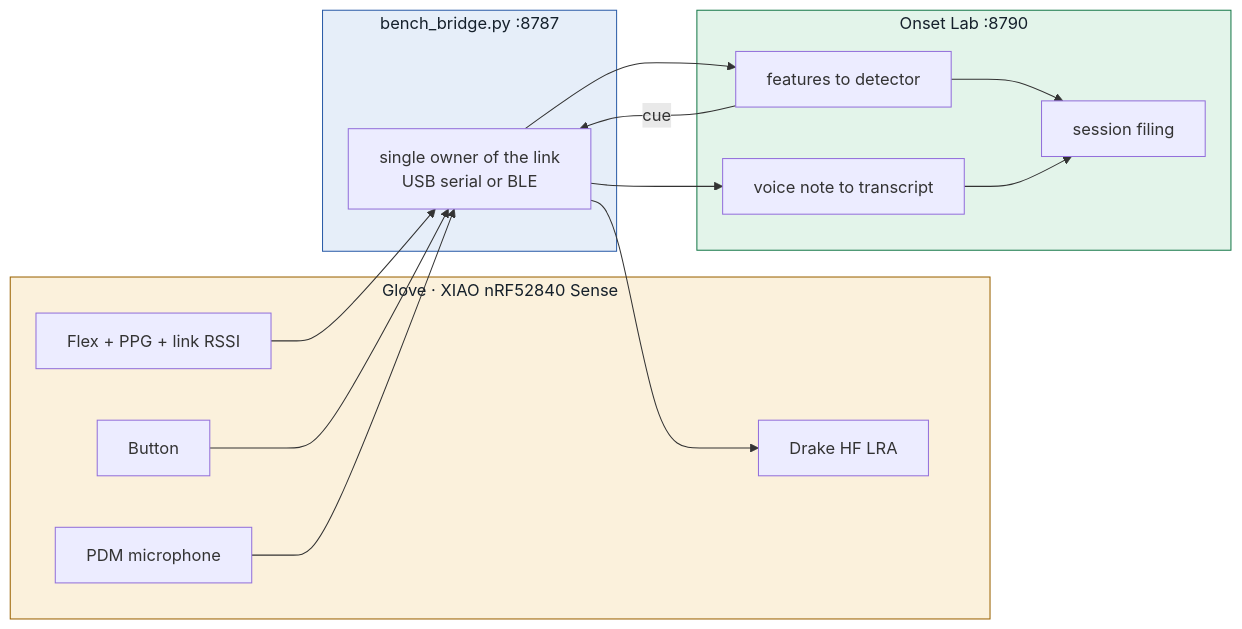
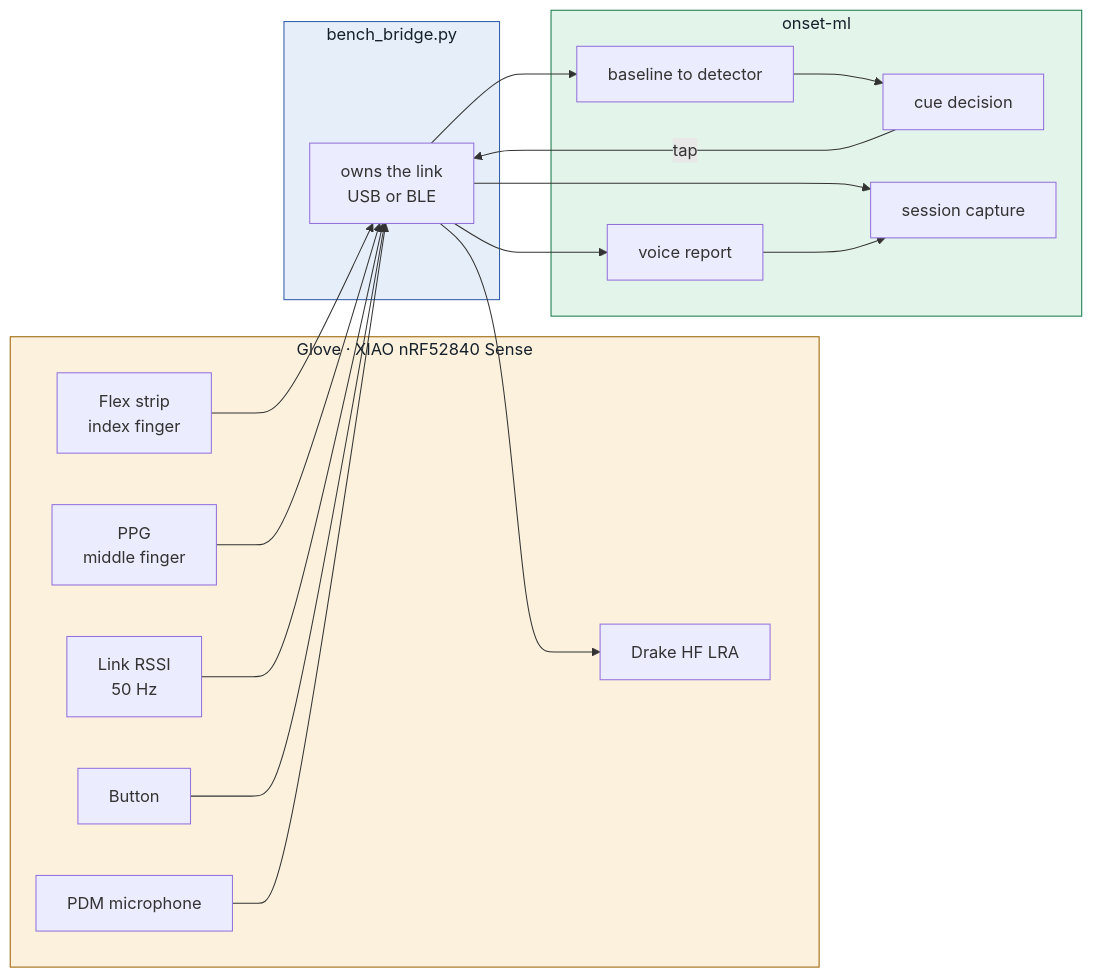
The first of 2 diagrams in README.md (erikleanderberg/amulet-xpl), drawn with Mermaid before and after one commit. The commit also changed other lines of this file and 29 other files, not shown here.

````diff
--- a/README.md
+++ b/README.md
@@ -25,29 +46,31 @@
 ```mermaid
 flowchart LR
     subgraph G["Glove · XIAO nRF52840 Sense"]
-        SENS["Flex + PPG + link RSSI"]
+        FSR["Flex strip<br/>index finger"]
+        PPG["PPG<br/>middle finger"]
+        RF["Link RSSI<br/>50 Hz"]
         BTN["Button"]
         MIC["PDM microphone"]
         LRA["Drake HF LRA"]
     end
-    subgraph B["bench_bridge.py :8787"]
-        BR["single owner of the link<br/>USB serial or BLE"]
+    subgraph B["bench_bridge.py"]
+        BR["owns the link<br/>USB or BLE"]
     end
-    subgraph L["Onset Lab :8790"]
-        DET["features to detector"]
-        SESS["session filing"]
-        VN["voice note to transcript"]
+    subgraph L["onset-ml"]
+        DET["baseline to detector"]
+        CUE["cue decision"]
+        CAP["session capture"]
+        VN["voice report"]
     end
-    SENS --> BR
+    FSR --> BR
+    PPG --> BR
+    RF --> BR
     BTN --> BR
     MIC --> BR
-    BR --> DET
-    BR --> VN
-    DET -->|cue| BR
-    BR --> LRA
-    DET --> SESS
-    VN --> SESS
+    BR --> DET --> CUE -->|tap| BR --> LRA
+    BR --> CAP
+    BR --> VN --> CAP
     style G fill:#FBF1DC,stroke:#9A6200,color:#15202B
     style B fill:#E6EEF9,stroke:#2D5DA8,color:#15202B
     style L fill:#E3F4EA,stroke:#18794A,color:#15202B
 ```
````
